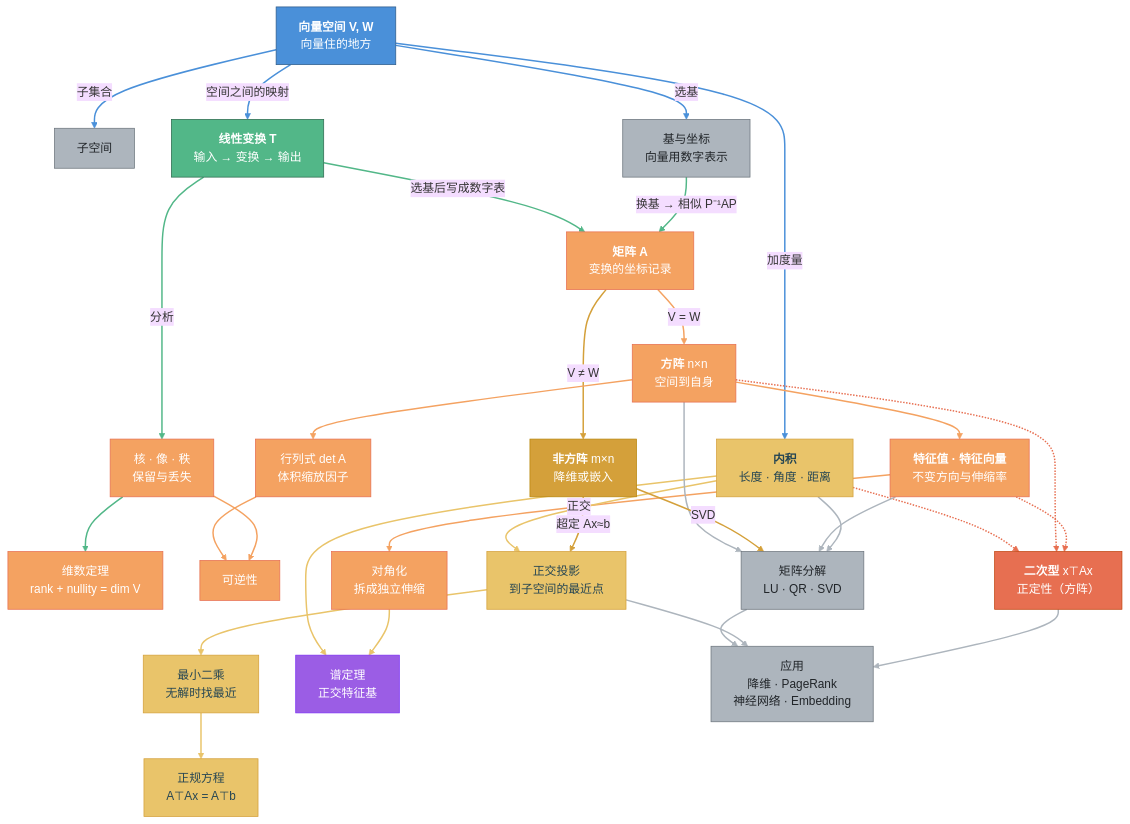
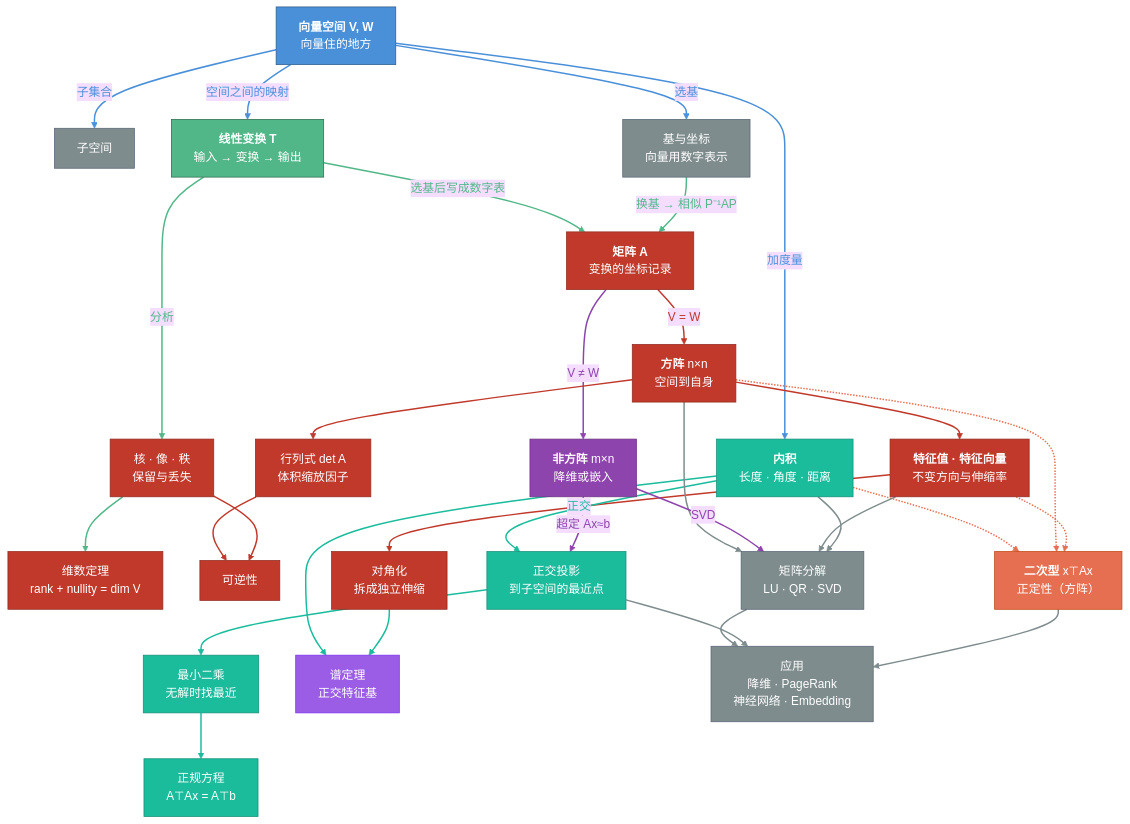
The second of 2 diagrams in book/ch19-全景.md (yang-fengju/linear-algebra-history-book), drawn with Mermaid (base theme) before and after one commit. The commit also changed other lines of this file, not shown here.

Commit message:
fix: ch19 概念网络图换高对比度配色 + 标签文字同色
配色调整（消除橙/金/黄太接近的问题）：
- 方阵分支：橙色→棕红 #C0392B
- 非方阵分支：金色→紫色 #8E44AD
- 度量分支：黄色→青色 #1ABC9C
- 灰色加深 #7F8C8D

每条 linkStyle 加 color 属性让边标签文字与线同色
节点 classDef 同步更新为新配色
图例改用 span style 显示实际颜色

````diff
--- a/book/ch19-全景.md
+++ b/book/ch19-全景.md
@@ -392,12 +392,12 @@
     %% ===== 节点颜色 =====
     classDef stage fill:#4A90D9,stroke:#2E5C8A,color:#fff
     classDef action fill:#52B788,stroke:#2D6A4F,color:#fff
-    classDef tool fill:#F4A261,stroke:#E76F51,color:#fff
-    classDef metric fill:#E9C46A,stroke:#D4A03A,color:#264653
+    classDef tool fill:#C0392B,stroke:#922B21,color:#fff
+    classDef metric fill:#1ABC9C,stroke:#148F77,color:#fff
     classDef spectral fill:#9B5DE5,stroke:#7B2FF2,color:#fff
     classDef junction fill:#E76F51,stroke:#C1440E,color:#fff
-    classDef app fill:#ADB5BD,stroke:#6C757D,color:#212529
-    classDef nonsq fill:#D4A03A,stroke:#B8860B,color:#fff
+    classDef app fill:#7F8C8D,stroke:#566573,color:#fff
+    classDef nonsq fill:#8E44AD,stroke:#6C3483,color:#fff
 
     class VS stage
     class LT action
@@ -408,43 +408,43 @@
     class Quad junction
     class Sub,Coord,Decomp,App app
 
-    %% ===== 连线颜色（按定义顺序编号） =====
+    %% ===== 连线颜色（按定义顺序编号，stroke=线色，color=标签文字色） =====
     %% 蓝色：空间结构（0-3）
-    linkStyle 0 stroke:#4A90D9,stroke-width:2px
-    linkStyle 1 stroke:#4A90D9,stroke-width:2px
-    linkStyle 2 stroke:#4A90D9,stroke-width:2px
-    linkStyle 3 stroke:#4A90D9,stroke-width:2px
+    linkStyle 0 stroke:#4A90D9,color:#4A90D9,stroke-width:2px
+    linkStyle 1 stroke:#4A90D9,color:#4A90D9,stroke-width:2px
+    linkStyle 2 stroke:#4A90D9,color:#4A90D9,stroke-width:2px
+    linkStyle 3 stroke:#4A90D9,color:#4A90D9,stroke-width:2px
     %% 绿色：变换路径（4-7）
-    linkStyle 4 stroke:#52B788,stroke-width:2px
-    linkStyle 5 stroke:#52B788,stroke-width:2px
-    linkStyle 6 stroke:#52B788,stroke-width:2px
-    linkStyle 7 stroke:#52B788,stroke-width:2px
-    %% 橙色：方阵分支（8-9 分叉，10-14 方阵内部）
-    linkStyle 8 stroke:#F4A261,stroke-width:2px
-    linkStyle 10 stroke:#F4A261,stroke-width:2px
-    linkStyle 11 stroke:#F4A261,stroke-width:2px
-    linkStyle 12 stroke:#F4A261,stroke-width:2px
-    linkStyle 13 stroke:#F4A261,stroke-width:2px
-    linkStyle 14 stroke:#F4A261,stroke-width:2px
-    %% 金色：非方阵（9, 16, 25）
-    linkStyle 9 stroke:#D4A03A,stroke-width:2px
-    linkStyle 16 stroke:#D4A03A,stroke-width:2px
-    linkStyle 25 stroke:#D4A03A,stroke-width:2px
-    %% 黄色：度量分支（15, 17-20）
-    linkStyle 15 stroke:#E9C46A,stroke-width:2px
-    linkStyle 17 stroke:#E9C46A,stroke-width:2px
-    linkStyle 18 stroke:#E9C46A,stroke-width:2px
-    linkStyle 19 stroke:#E9C46A,stroke-width:2px
-    linkStyle 20 stroke:#E9C46A,stroke-width:2px
-    %% 红色：交汇虚线（21-23）
-    linkStyle 21 stroke:#E76F51,stroke-width:2px
-    linkStyle 22 stroke:#E76F51,stroke-width:2px
-    linkStyle 23 stroke:#E76F51,stroke-width:2px
+    linkStyle 4 stroke:#52B788,color:#52B788,stroke-width:2px
+    linkStyle 5 stroke:#52B788,color:#52B788,stroke-width:2px
+    linkStyle 6 stroke:#52B788,color:#52B788,stroke-width:2px
+    linkStyle 7 stroke:#52B788,color:#52B788,stroke-width:2px
+    %% 棕红：方阵分支（8, 10-14）
+    linkStyle 8 stroke:#C0392B,color:#C0392B,stroke-width:2px
+    linkStyle 10 stroke:#C0392B,color:#C0392B,stroke-width:2px
+    linkStyle 11 stroke:#C0392B,color:#C0392B,stroke-width:2px
+    linkStyle 12 stroke:#C0392B,color:#C0392B,stroke-width:2px
+    linkStyle 13 stroke:#C0392B,color:#C0392B,stroke-width:2px
+    linkStyle 14 stroke:#C0392B,color:#C0392B,stroke-width:2px
+    %% 紫色：非方阵（9, 16, 25）
+    linkStyle 9 stroke:#8E44AD,color:#8E44AD,stroke-width:2px
+    linkStyle 16 stroke:#8E44AD,color:#8E44AD,stroke-width:2px
+    linkStyle 25 stroke:#8E44AD,color:#8E44AD,stroke-width:2px
+    %% 青色：度量分支（15, 17-20）
+    linkStyle 15 stroke:#1ABC9C,color:#1ABC9C,stroke-width:2px
+    linkStyle 17 stroke:#1ABC9C,color:#1ABC9C,stroke-width:2px
+    linkStyle 18 stroke:#1ABC9C,color:#1ABC9C,stroke-width:2px
+    linkStyle 19 stroke:#1ABC9C,color:#1ABC9C,stroke-width:2px
+    linkStyle 20 stroke:#1ABC9C,color:#1ABC9C,stroke-width:2px
+    %% 红橙：交汇虚线（21-23）
+    linkStyle 21 stroke:#E76F51,color:#E76F51,stroke-width:2px
+    linkStyle 22 stroke:#E76F51,color:#E76F51,stroke-width:2px
+    linkStyle 23 stroke:#E76F51,color:#E76F51,stroke-width:2px
     %% 灰色：分解与应用（24, 26-30）
-    linkStyle 24 stroke:#ADB5BD,stroke-width:2px
-    linkStyle 26 stroke:#ADB5BD,stroke-width:2px
-    linkStyle 27 stroke:#ADB5BD,stroke-width:2px
-    linkStyle 28 stroke:#ADB5BD,stroke-width:2px
-    linkStyle 29 stroke:#ADB5BD,stroke-width:2px
-    linkStyle 30 stroke:#ADB5BD,stroke-width:2px
+    linkStyle 24 stroke:#7F8C8D,color:#7F8C8D,stroke-width:2px
+    linkStyle 26 stroke:#7F8C8D,color:#7F8C8D,stroke-width:2px
+    linkStyle 27 stroke:#7F8C8D,color:#7F8C8D,stroke-width:2px
+    linkStyle 28 stroke:#7F8C8D,color:#7F8C8D,stroke-width:2px
+    linkStyle 29 stroke:#7F8C8D,color:#7F8C8D,stroke-width:2px
+    linkStyle 30 stroke:#7F8C8D,color:#7F8C8D,stroke-width:2px
 ```
````
